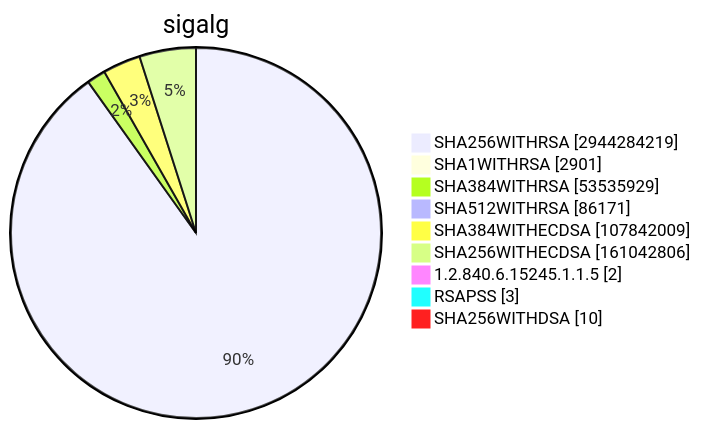
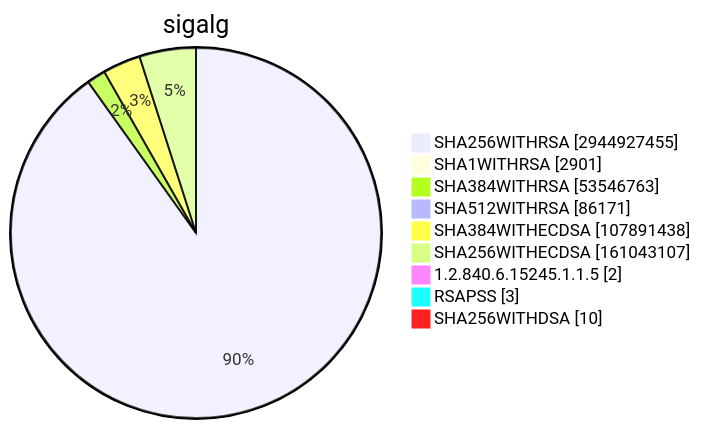
Before and after one commit to christiankrug/ctmonitor_visualization: diagram 15 of 15 in TOTAL/README.md, drawn with Mermaid. The commit also changed other lines of this file, not shown here.

````diff
--- a/TOTAL/README.md
+++ b/TOTAL/README.md
@@ -6207,13 +6207,13 @@
 ```mermaid
 pie showData
 title sigalg
-"SHA256WITHRSA" :2944284219
+"SHA256WITHRSA" :2944927455
 "SHA1WITHRSA" :2901
-"SHA384WITHRSA" :53535929
+"SHA384WITHRSA" :53546763
 "SHA512WITHRSA" :86171
-"SHA384WITHECDSA" :107842009
-"SHA256WITHECDSA" :161042806
+"SHA384WITHECDSA" :107891438
+"SHA256WITHECDSA" :161043107
 "1.2.840.6.15245.1.1.5" :2
 "RSAPSS" :3
 "SHA256WITHDSA" :10
 ```
````
